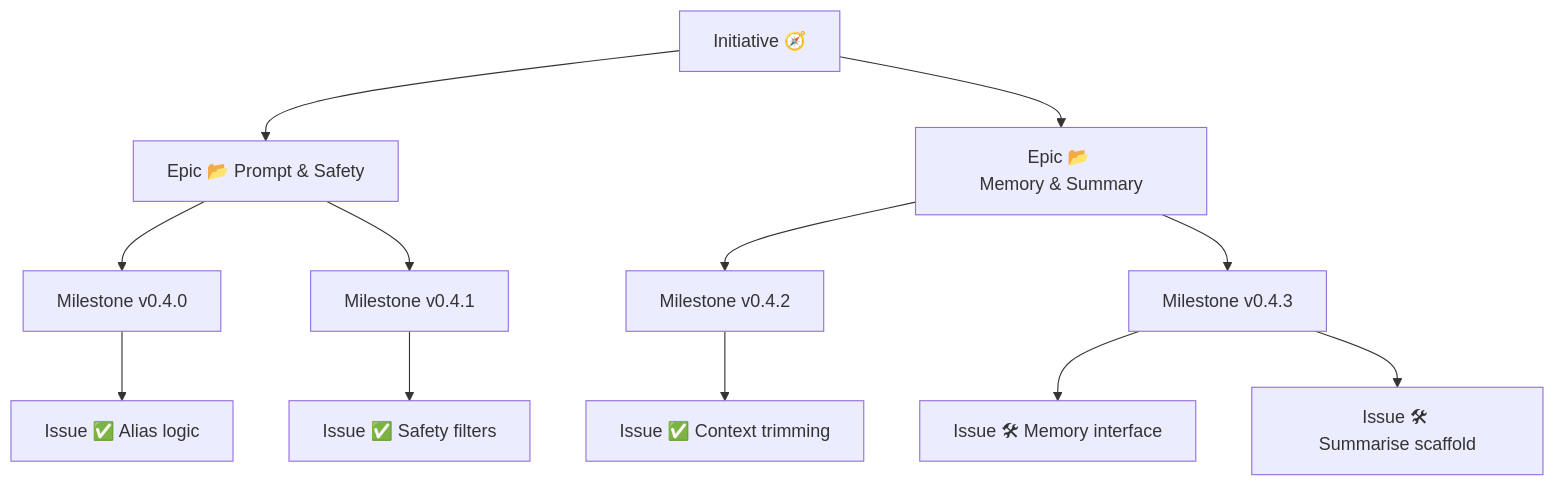
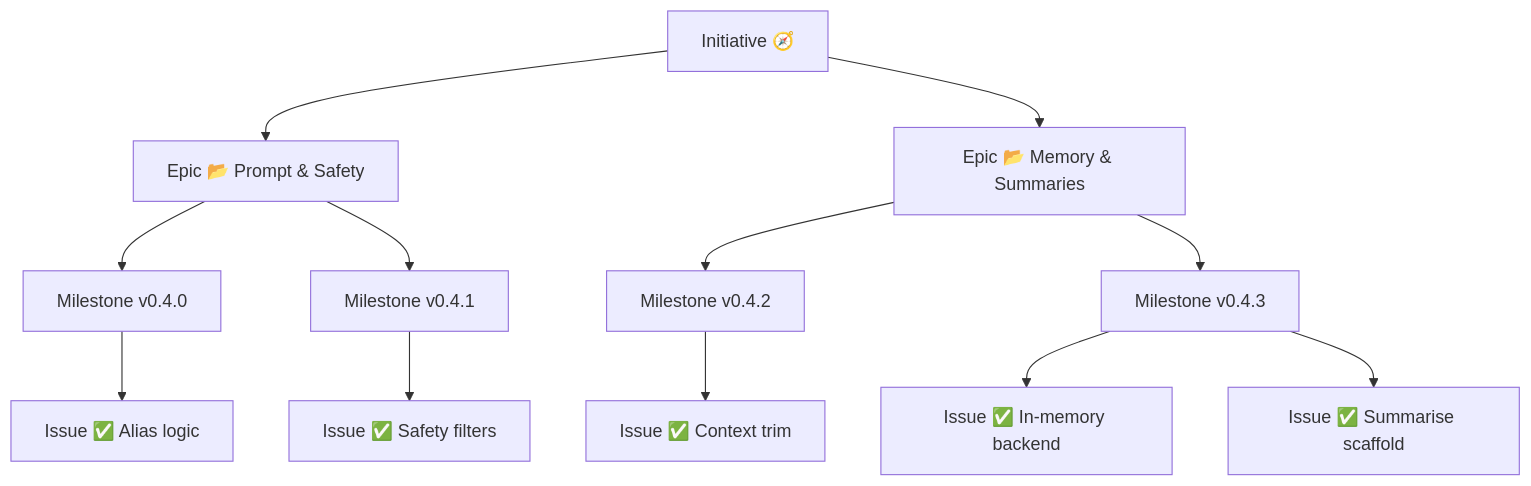
One commit to Deim0s13/llm-assistant changed the diagram in README.md. Above: the diagram before and after it, drawn with Mermaid. The commit also changed other lines of this file, not shown here.

Commit message:
docs: update README & scope for v0.4.3 memory + summarisation

````diff
--- a/README.md
+++ b/README.md
@@ -63,14 +69,14 @@
 ```mermaid
 graph TD
-  A[Initiative 🧭] --> B[Epic 📂 Prompt & Safety]
-  A                --> C[Epic 📂 Memory & Summary]
+  A[Initiative 🧭] --> B[Epic 📂 Prompt & Safety]
+  A                --> C[Epic 📂 Memory & Summaries]
   B --> D[Milestone v0.4.0]
   B --> E[Milestone v0.4.1]
   C --> F[Milestone v0.4.2]
   C --> G[Milestone v0.4.3]
-  D --> H[Issue ✅ Alias logic]
-  E --> I[Issue ✅ Safety filters]
-  F --> J[Issue ✅ Context trimming]
-  G --> K[Issue 🛠 Memory interface]
-  G --> L[Issue 🛠 Summarise scaffold]
+  D --> H[Issue ✅ Alias logic]
+  E --> I[Issue ✅ Safety filters]
+  F --> J[Issue ✅ Context trim]
+  G --> K[Issue ✅ In-memory backend]
+  G --> L[Issue ✅ Summarise scaffold]
 ```
````
